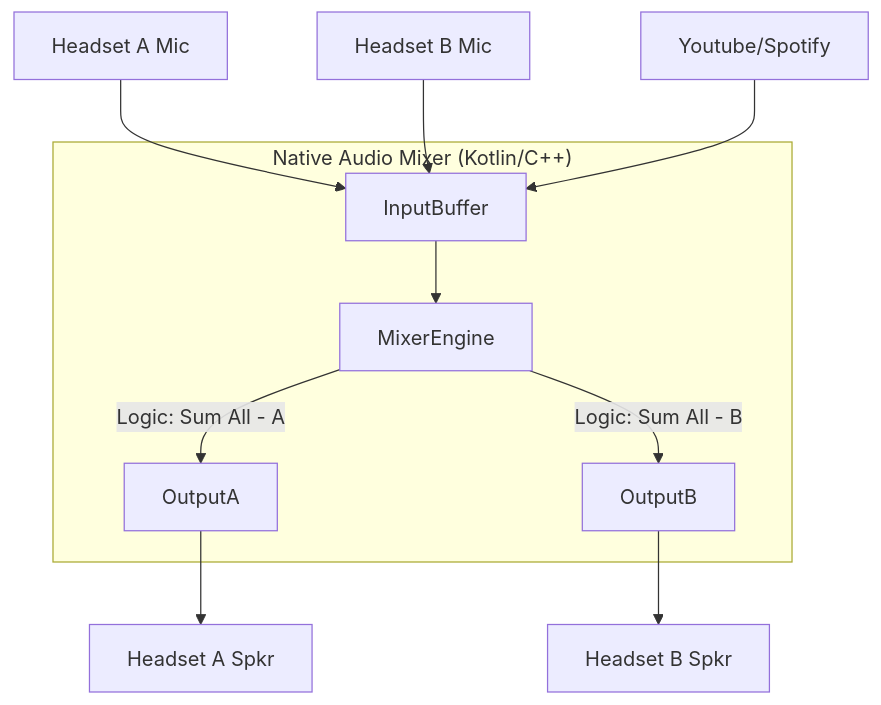
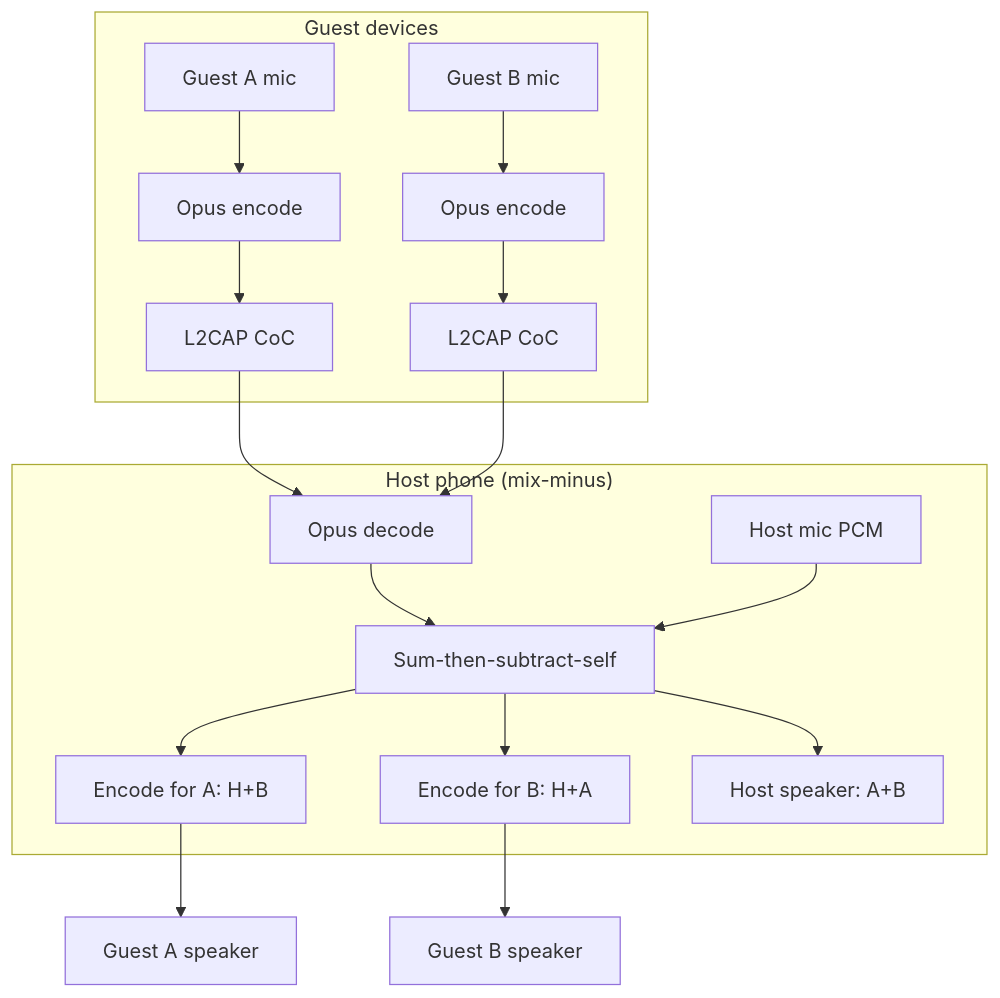
The second of 2 diagrams in README.md (ElodinLaarz/walkie-talkie), drawn with Mermaid before and after one commit. The commit also changed other lines of this file, not shown here.

````diff
--- a/README.md
+++ b/README.md
@@ -119,15 +156,22 @@
 ```mermaid
 graph TD
-    MicA[Headset A Mic] --> InputBuffer
-    MicB[Headset B Mic] --> InputBuffer
-    PhoneMedia[Youtube/Spotify] --> InputBuffer
-
-    subgraph "Native Audio Mixer (Kotlin/C++)"
-        InputBuffer --> MixerEngine
-        MixerEngine --> |Logic: Sum All - A| OutputA
-        MixerEngine --> |Logic: Sum All - B| OutputB
+    subgraph "Guest devices"
+        MicA[Guest A mic] --> OpusA[Opus encode]
+        MicB[Guest B mic] --> OpusB[Opus encode]
+        OpusA --> L2CAPInA[L2CAP CoC]
+        OpusB --> L2CAPInB[L2CAP CoC]
     end
 
-    OutputA --> SpeakerA[Headset A Spkr]
-    OutputB --> SpeakerB[Headset B Spkr]
+    subgraph "Host phone (mix-minus)"
+        L2CAPInA --> Decode[Opus decode]
+        L2CAPInB --> Decode
+        Decode --> Mixer[Sum-then-subtract-self]
+        MicH[Host mic PCM] --> Mixer
+        Mixer --> EncA[Encode for A: H+B]
+        Mixer --> EncB[Encode for B: H+A]
+        Mixer --> SpkH[Host speaker: A+B]
+    end
+
+    EncA --> SpkA[Guest A speaker]
+    EncB --> SpkB[Guest B speaker]
 ```
````
